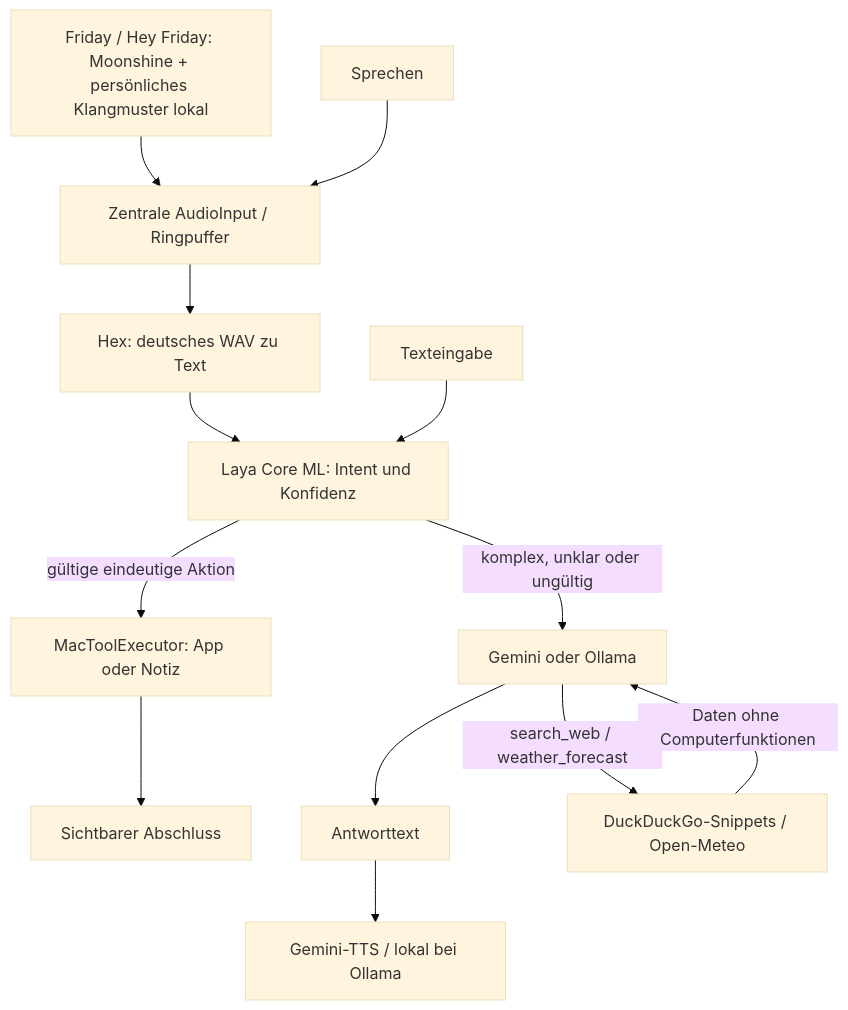
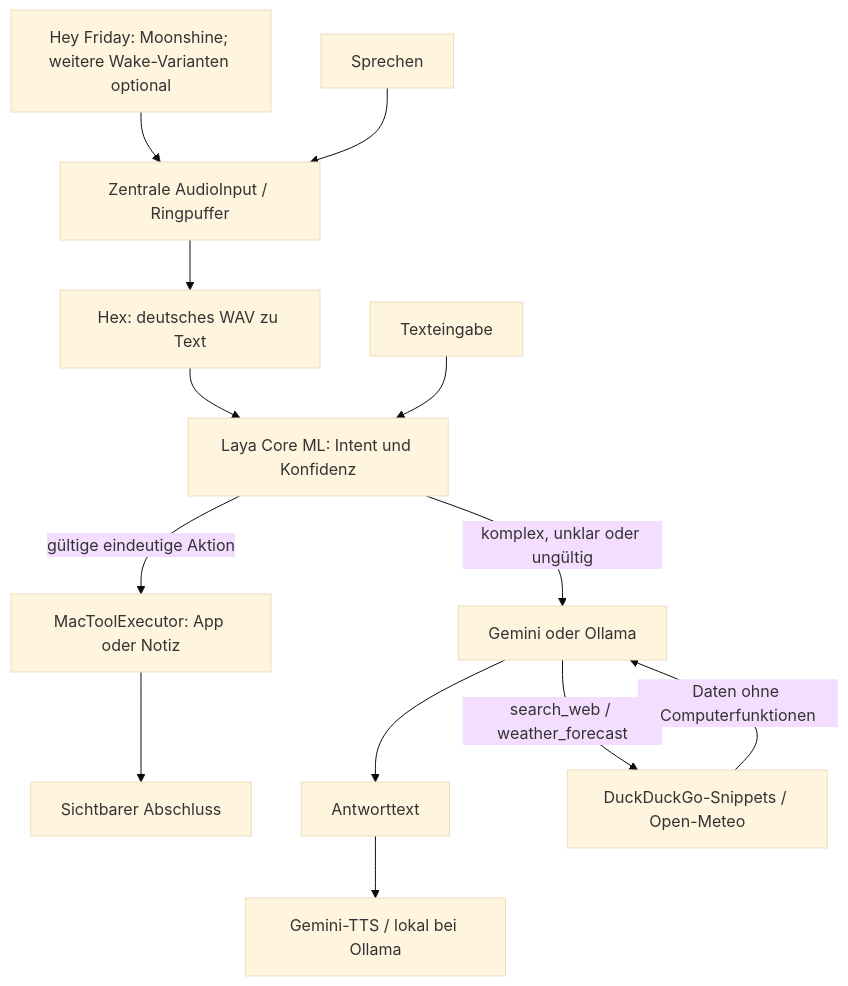
One commit to Taanel/hackday-2026-10-04 changed the diagram in docs/architecture.md. Above: the diagram before and after it, drawn with Mermaid (base theme). The commit also changed other lines of this file and 43 other files, not shown here.

````diff
--- a/docs/architecture.md
+++ b/docs/architecture.md
@@ -6,15 +6,15 @@
 ```mermaid
 flowchart TD
-    Wake[Friday / Hey Friday: Moonshine + persönliches Klangmuster lokal] --> Capture[Zentrale AudioInput / Ringpuffer]
+    Wake[Hey Friday: Moonshine; weitere Wake-Varianten optional] --> Capture[Zentrale AudioInput / Ringpuffer]
     Button[Sprechen] --> Capture
     Capture --> Hex[Hex: deutsches WAV zu Text]
     Hex --> Laya[Laya Core ML: Intent und Konfidenz]
     Text[Texteingabe] --> Laya
     Laya -->|gültige eindeutige Aktion| Tools[MacToolExecutor: App oder Notiz]
     Laya -->|komplex, unklar oder ungültig| LLM[Gemini oder Ollama]
     Tools --> Done[Sichtbarer Abschluss]
     LLM --> Reply[Antworttext]
     LLM -->|search_web / weather_forecast| Research[DuckDuckGo-Snippets / Open-Meteo]
     Research -->|Daten ohne Computerfunktionen| LLM
     Reply --> TTS[Gemini-TTS / lokal bei Ollama]
 ```
````
